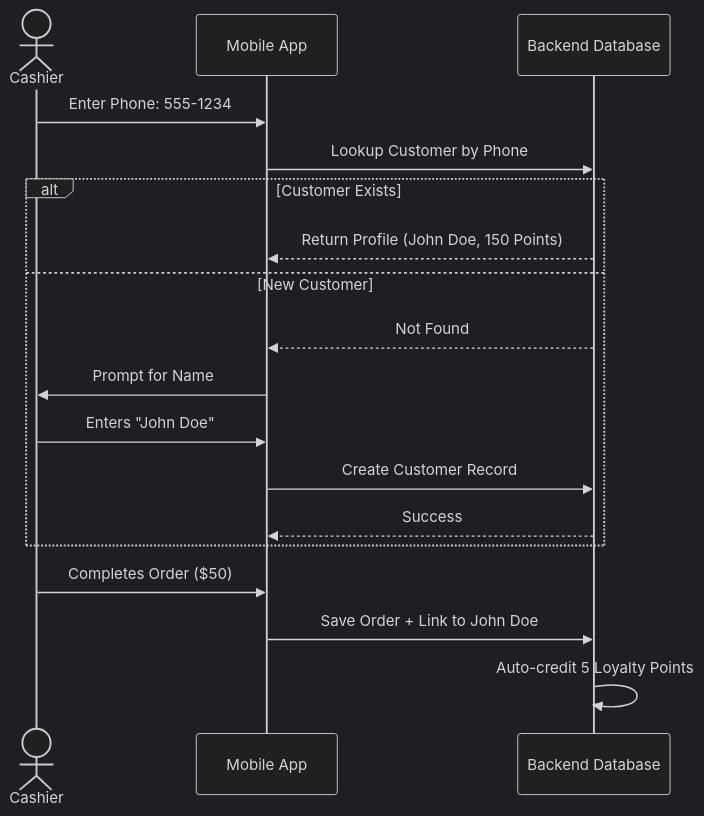
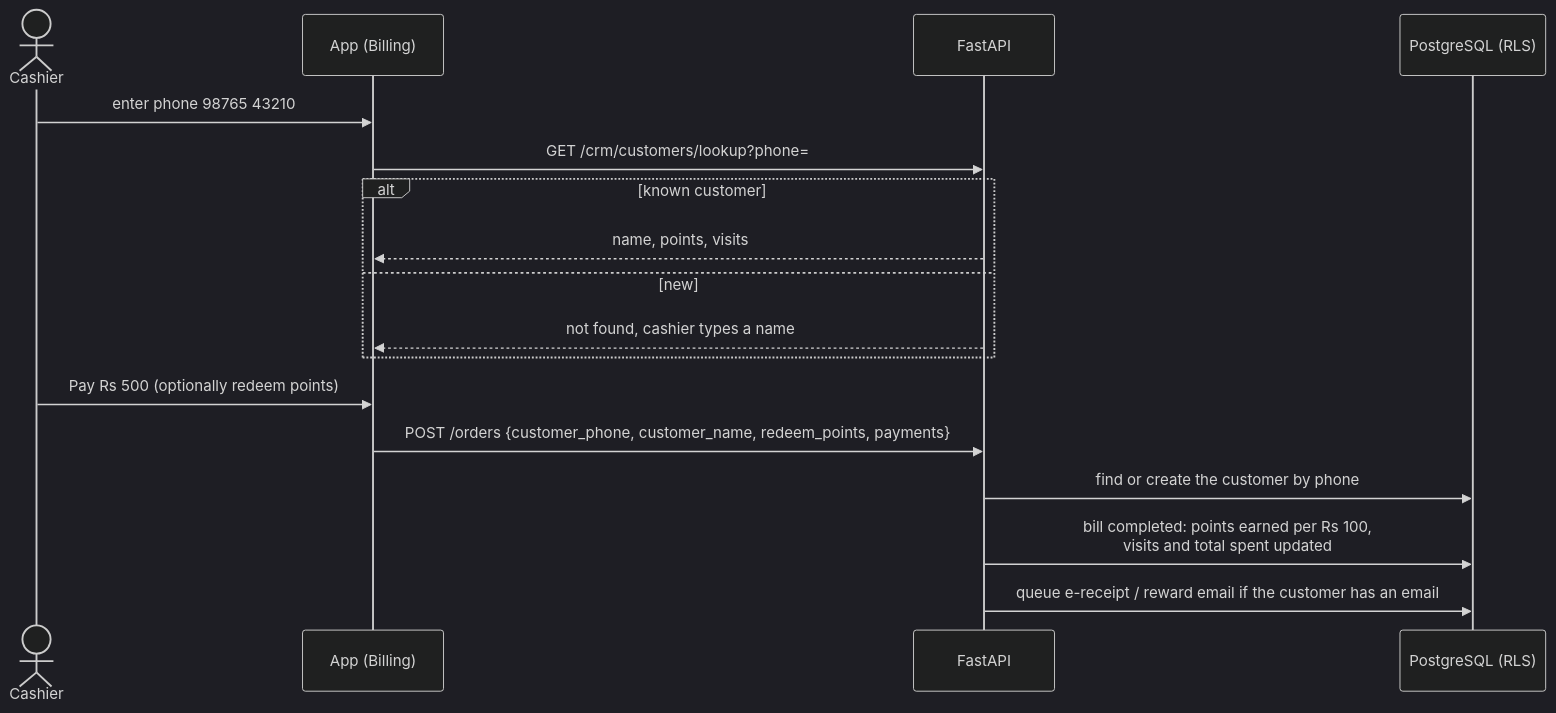
Before and after one commit to vishwajitvm/Tallyko: the diagram in docs/features/008_CRM_And_Loyalty.md, drawn with Mermaid (dark theme). The commit also changed other lines of this file and 773 other files, not shown here.

````diff
--- a/docs/features/008_CRM_And_Loyalty.md
+++ b/docs/features/008_CRM_And_Loyalty.md
@@ -33,23 +33,20 @@
 ```mermaid
 sequenceDiagram
     actor Cashier
-    participant POS as Mobile App
-    participant DB as Backend Database
-    
-    Cashier->>POS: Enter Phone: 555-1234
-    POS->>DB: Lookup Customer by Phone
-    
-    alt Customer Exists
-        DB-->>POS: Return Profile (John Doe, 150 Points)
-    else New Customer
-        DB-->>POS: Not Found
-        POS->>Cashier: Prompt for Name
-        Cashier->>POS: Enters "John Doe"
-        POS->>DB: Create Customer Record
-        DB-->>POS: Success
+    participant POS as App (Billing)
+    participant API as FastAPI
+    participant DB as PostgreSQL (RLS)
+
+    Cashier->>POS: enter phone 98765 43210
+    POS->>API: GET /crm/customers/lookup?phone=
+    alt known customer
+        API-->>POS: name, points, visits
+    else new
+        API-->>POS: not found, cashier types a name
     end
-    
-    Cashier->>POS: Completes Order ($50)
-    POS->>DB: Save Order + Link to John Doe
-    DB->>DB: Auto-credit 5 Loyalty Points
+    Cashier->>POS: Pay Rs 500 (optionally redeem points)
+    POS->>API: POST /orders {customer_phone, customer_name, redeem_points, payments}
+    API->>DB: find or create the customer by phone
+    API->>DB: bill completed: points earned per Rs 100,<br/>visits and total spent updated
+    API->>DB: queue e-receipt / reward email if the customer has an email
 ```
````
